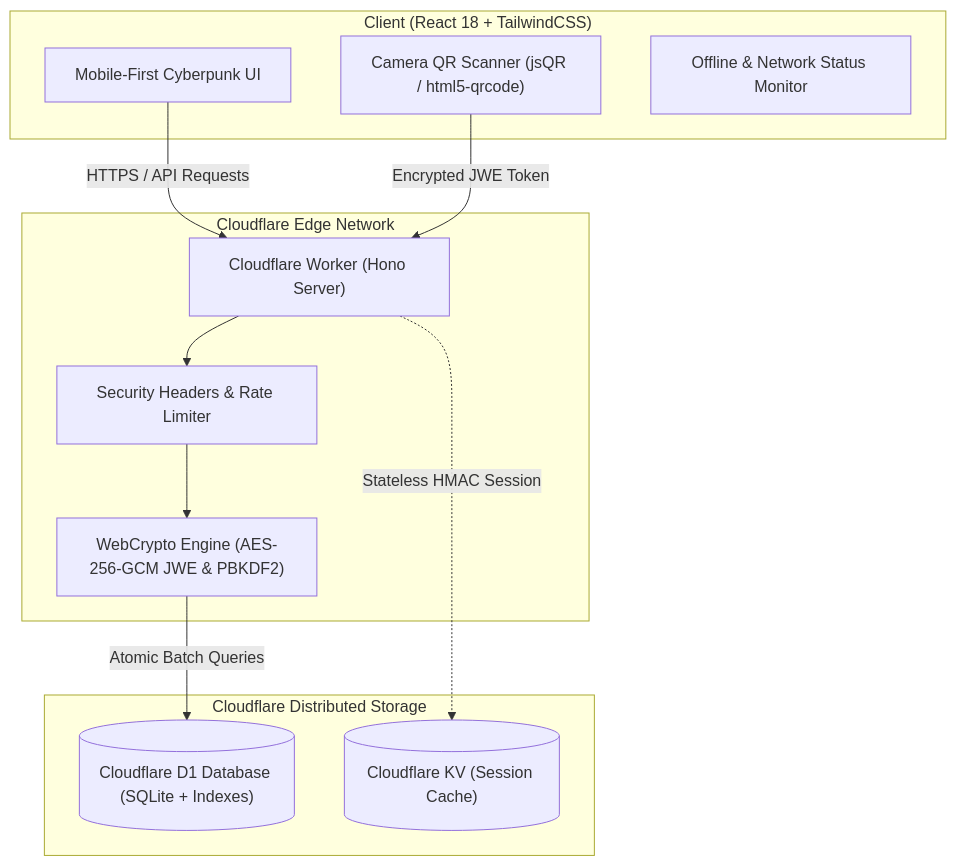
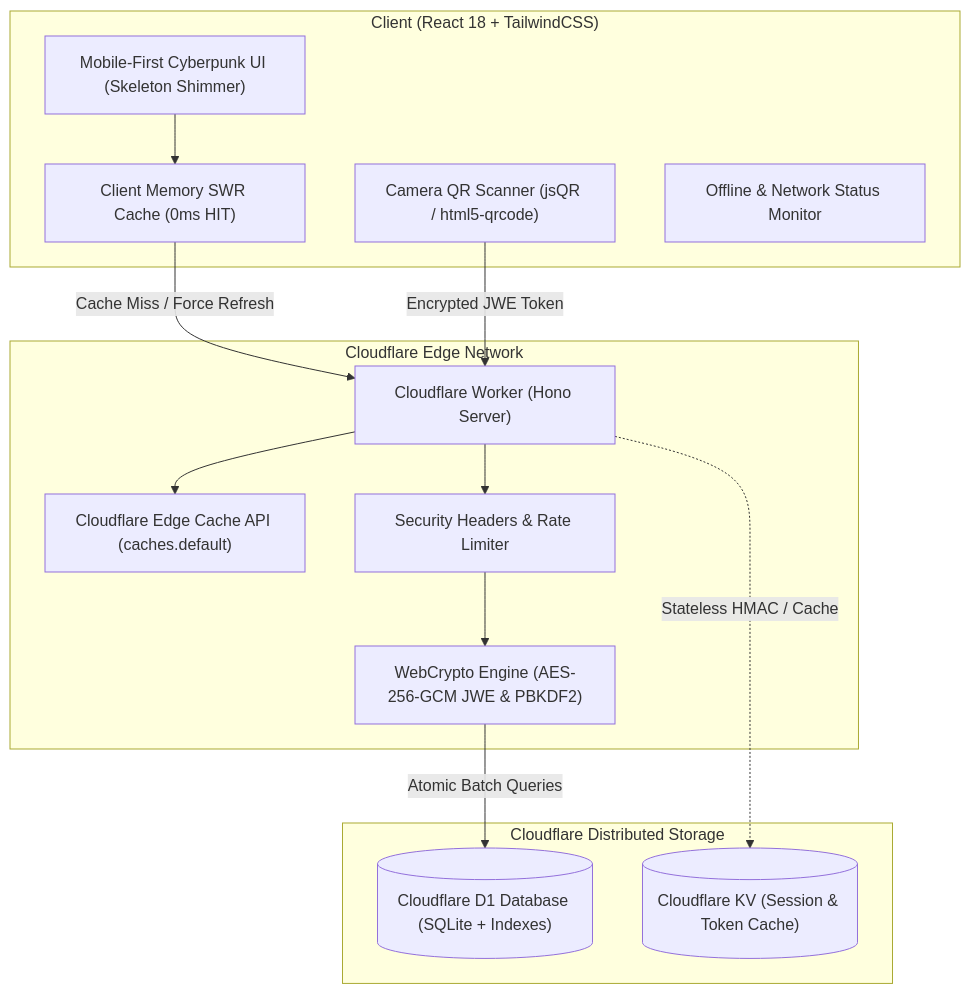
One commit to VQA-06/AMS changed the diagram in README.md. Above: the diagram before and after it, drawn with Mermaid. The commit also changed other lines of this file and 1 other file, not shown here.

Commit message:
fix(edge-cache): eliminate unhandled rejection in waitUntil & update README with Cloudflare KV and D1 guide

````diff
--- a/README.md
+++ b/README.md
@@ -70,26 +77,30 @@
 ```mermaid
 flowchart TD
     subgraph Client["Client (React 18 + TailwindCSS)"]
-        UI["Mobile-First Cyberpunk UI"]
+        UI["Mobile-First Cyberpunk UI (Skeleton Shimmer)"]
+        SWR["Client Memory SWR Cache (0ms HIT)"]
         Scanner["Camera QR Scanner (jsQR / html5-qrcode)"]
         Offline["Offline & Network Status Monitor"]
     end
 
     subgraph Edge["Cloudflare Edge Network"]
         Worker["Cloudflare Worker (Hono Server)"]
+        EdgeCache["Cloudflare Edge Cache API (caches.default)"]
         SecHeaders["Security Headers & Rate Limiter"]
         Crypto["WebCrypto Engine (AES-256-GCM JWE & PBKDF2)"]
     end
 
     subgraph Storage["Cloudflare Distributed Storage"]
         D1[("Cloudflare D1 Database (SQLite + Indexes)")]
-        KV[("Cloudflare KV (Session Cache)")]
+        KV[("Cloudflare KV (Session & Token Cache)")]
     end
 
-    UI -->|HTTPS / API Requests| Worker
+    UI --> SWR
+    SWR -->|Cache Miss / Force Refresh| Worker
     Scanner -->|Encrypted JWE Token| Worker
+    Worker --> EdgeCache
     Worker --> SecHeaders
     SecHeaders --> Crypto
     Crypto -->|Atomic Batch Queries| D1
-    Worker -.->|Stateless HMAC Session| KV
+    Worker -.->|Stateless HMAC / Cache| KV
 ```
````
